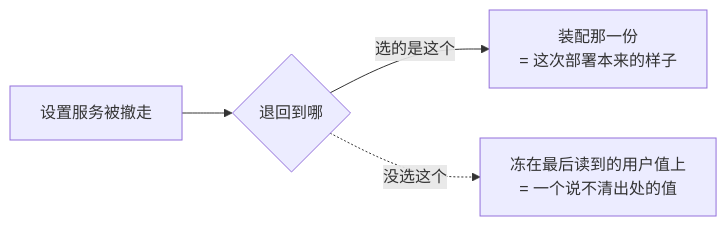
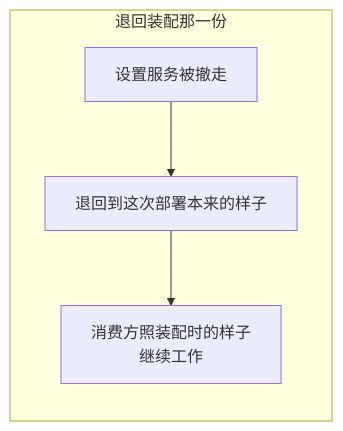
Diagram 19 of 46 in docs/modules/agentdefaultmodel.md (snight1983/ds-harness-go), drawn with Mermaid before and after one commit. The commit also changed other lines of this file and 43 other files, not shown here.

Commit message:
docs: 图解架构与模块设计

````diff
--- a/docs/modules/agentdefaultmodel.md
+++ b/docs/modules/agentdefaultmodel.md
@@ -80,6 +201,7 @@
 ```mermaid
 flowchart LR
-    A["设置服务被撤走"] --> B{"退回到哪"}
-    B -->|"选的是这个"| C["装配那一份<br/>= 这次部署本来的样子"]
-    B -.没选这个.-> D["冻在最后读到的用户值上<br/>= 一个说不清出处的值"]
+    subgraph GOOD["退回装配那一份"]
+        A["设置服务被撤走"] --> B["退回到这次部署本来的样子"]
+        B --> C["消费方照装配时的样子<br/>继续工作"]
+    end
 ```
````
